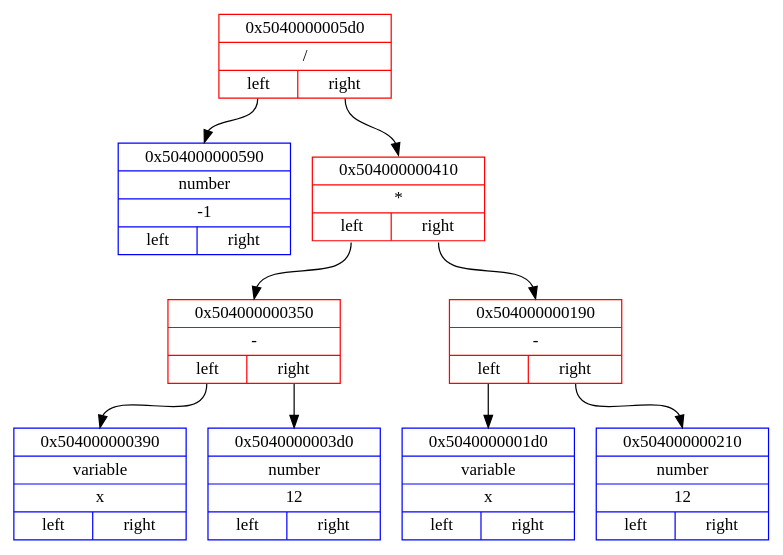
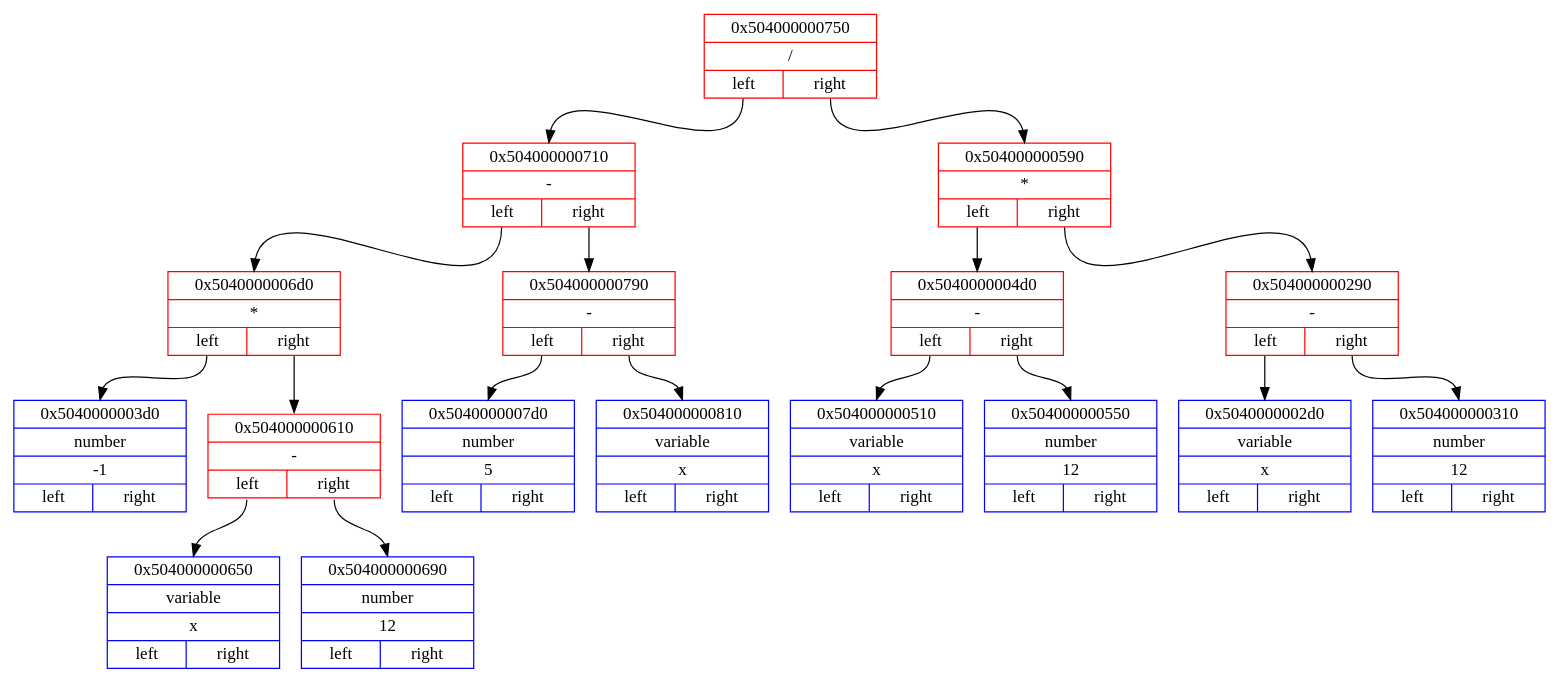
Before and after one commit to Matvey787/myDiffCalculus: the diagram in mathExp.dot, drawn with Graphviz. The commit also changed 19 other files, not shown here.

```diff
--- a/mathExp.dot
+++ b/mathExp.dot
@@ -1,22 +1,38 @@
 digraph
 { 
 rankdir=HR;
 
-node0x5040000005d0 [ shape=record, color = red rank = 1, label= "{ 0x5040000005d0 | / | {<n0x5040000005d0_l> left | <n0x5040000005d0_r> right}} " ];
-node0x504000000590 [ shape=record, color = blue rank = 2, label= "{ 0x504000000590 | number | -1 | {<n0x504000000590_l> left | <n0x504000000590_r> right}} " ];
-node0x5040000005d0:<n0x5040000005d0_l>:s -> node0x504000000590:n [ color = black; ]
-node0x504000000410 [ shape=record, color = red rank = 3, label= "{ 0x504000000410 | * | {<n0x504000000410_l> left | <n0x504000000410_r> right}} " ];
-node0x504000000350 [ shape=record, color = red rank = 4, label= "{ 0x504000000350 | - | {<n0x504000000350_l> left | <n0x504000000350_r> right}} " ];
-node0x504000000390 [ shape=record, color = blue rank = 5, label= "{ 0x504000000390 | variable | x | {<n0x504000000390_l> left | <n0x504000000390_r> right}} " ];
-node0x504000000350:<n0x504000000350_l>:s -> node0x504000000390:n [ color = black; ]
-node0x5040000003d0 [ shape=record, color = blue rank = 6, label= "{ 0x5040000003d0 | number | 12 | {<n0x5040000003d0_l> left | <n0x5040000003d0_r> right}} " ];
-node0x504000000350:<n0x504000000350_r>:s -> node0x5040000003d0:n [ color = black; ]
-node0x504000000410:<n0x504000000410_l>:s -> node0x504000000350:n [ color = black; ]
-node0x504000000190 [ shape=record, color = red rank = 5, label= "{ 0x504000000190 | - | {<n0x504000000190_l> left | <n0x504000000190_r> right}} " ];
-node0x5040000001d0 [ shape=record, color = blue rank = 6, label= "{ 0x5040000001d0 | variable | x | {<n0x5040000001d0_l> left | <n0x5040000001d0_r> right}} " ];
-node0x504000000190:<n0x504000000190_l>:s -> node0x5040000001d0:n [ color = black; ]
-node0x504000000210 [ shape=record, color = blue rank = 7, label= "{ 0x504000000210 | number | 12 | {<n0x504000000210_l> left | <n0x504000000210_r> right}} " ];
-node0x504000000190:<n0x504000000190_r>:s -> node0x504000000210:n [ color = black; ]
-node0x504000000410:<n0x504000000410_r>:s -> node0x504000000190:n [ color = black; ]
-node0x5040000005d0:<n0x5040000005d0_r>:s -> node0x504000000410:n [ color = black; ]
+node0x504000000750 [ shape=record, color = red rank = 1, label= "{ 0x504000000750 | / | {<n0x504000000750_l> left | <n0x504000000750_r> right}} " ];
+node0x504000000710 [ shape=record, color = red rank = 2, label= "{ 0x504000000710 | - | {<n0x504000000710_l> left | <n0x504000000710_r> right}} " ];
+node0x5040000006d0 [ shape=record, color = red rank = 3, label= "{ 0x5040000006d0 | * | {<n0x5040000006d0_l> left | <n0x5040000006d0_r> right}} " ];
+node0x5040000003d0 [ shape=record, color = blue rank = 4, label= "{ 0x5040000003d0 | number | -1 | {<n0x5040000003d0_l> left | <n0x5040000003d0_r> right}} " ];
+node0x5040000006d0:<n0x5040000006d0_l>:s -> node0x5040000003d0:n [ color = black; ]
+node0x504000000610 [ shape=record, color = red rank = 5, label= "{ 0x504000000610 | - | {<n0x504000000610_l> left | <n0x504000000610_r> right}} " ];
+node0x504000000650 [ shape=record, color = blue rank = 6, label= "{ 0x504000000650 | variable | x | {<n0x504000000650_l> left | <n0x504000000650_r> right}} " ];
+node0x504000000610:<n0x504000000610_l>:s -> node0x504000000650:n [ color = black; ]
+node0x504000000690 [ shape=record, color = blue rank = 7, label= "{ 0x504000000690 | number | 12 | {<n0x504000000690_l> left | <n0x504000000690_r> right}} " ];
+node0x504000000610:<n0x504000000610_r>:s -> node0x504000000690:n [ color = black; ]
+node0x5040000006d0:<n0x5040000006d0_r>:s -> node0x504000000610:n [ color = black; ]
+node0x504000000710:<n0x504000000710_l>:s -> node0x5040000006d0:n [ color = black; ]
+node0x504000000790 [ shape=record, color = red rank = 4, label= "{ 0x504000000790 | - | {<n0x504000000790_l> left | <n0x504000000790_r> right}} " ];
+node0x5040000007d0 [ shape=record, color = blue rank = 5, label= "{ 0x5040000007d0 | number | 5 | {<n0x5040000007d0_l> left | <n0x5040000007d0_r> right}} " ];
+node0x504000000790:<n0x504000000790_l>:s -> node0x5040000007d0:n [ color = black; ]
+node0x504000000810 [ shape=record, color = blue rank = 6, label= "{ 0x504000000810 | variable | x | {<n0x504000000810_l> left | <n0x504000000810_r> right}} " ];
+node0x504000000790:<n0x504000000790_r>:s -> node0x504000000810:n [ color = black; ]
+node0x504000000710:<n0x504000000710_r>:s -> node0x504000000790:n [ color = black; ]
+node0x504000000750:<n0x504000000750_l>:s -> node0x504000000710:n [ color = black; ]
+node0x504000000590 [ shape=record, color = red rank = 3, label= "{ 0x504000000590 | * | {<n0x504000000590_l> left | <n0x504000000590_r> right}} " ];
+node0x5040000004d0 [ shape=record, color = red rank = 4, label= "{ 0x5040000004d0 | - | {<n0x5040000004d0_l> left | <n0x5040000004d0_r> right}} " ];
+node0x504000000510 [ shape=record, color = blue rank = 5, label= "{ 0x504000000510 | variable | x | {<n0x504000000510_l> left | <n0x504000000510_r> right}} " ];
+node0x5040000004d0:<n0x5040000004d0_l>:s -> node0x504000000510:n [ color = black; ]
+node0x504000000550 [ shape=record, color = blue rank = 6, label= "{ 0x504000000550 | number | 12 | {<n0x504000000550_l> left | <n0x504000000550_r> right}} " ];
+node0x5040000004d0:<n0x5040000004d0_r>:s -> node0x504000000550:n [ color = black; ]
+node0x504000000590:<n0x504000000590_l>:s -> node0x5040000004d0:n [ color = black; ]
+node0x504000000290 [ shape=record, color = red rank = 5, label= "{ 0x504000000290 | - | {<n0x504000000290_l> left | <n0x504000000290_r> right}} " ];
+node0x5040000002d0 [ shape=record, color = blue rank = 6, label= "{ 0x5040000002d0 | variable | x | {<n0x5040000002d0_l> left | <n0x5040000002d0_r> right}} " ];
+node0x504000000290:<n0x504000000290_l>:s -> node0x5040000002d0:n [ color = black; ]
+node0x504000000310 [ shape=record, color = blue rank = 7, label= "{ 0x504000000310 | number | 12 | {<n0x504000000310_l> left | <n0x504000000310_r> right}} " ];
+node0x504000000290:<n0x504000000290_r>:s -> node0x504000000310:n [ color = black; ]
+node0x504000000590:<n0x504000000590_r>:s -> node0x504000000290:n [ color = black; ]
+node0x504000000750:<n0x504000000750_r>:s -> node0x504000000590:n [ color = black; ]
 }
```
